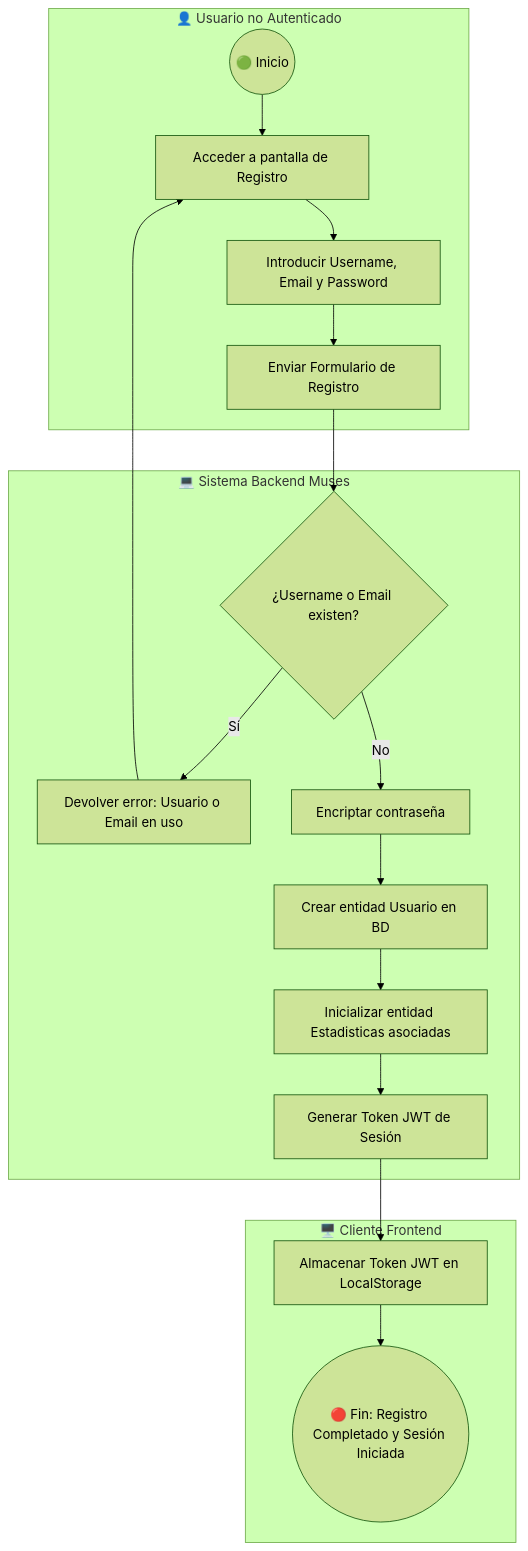
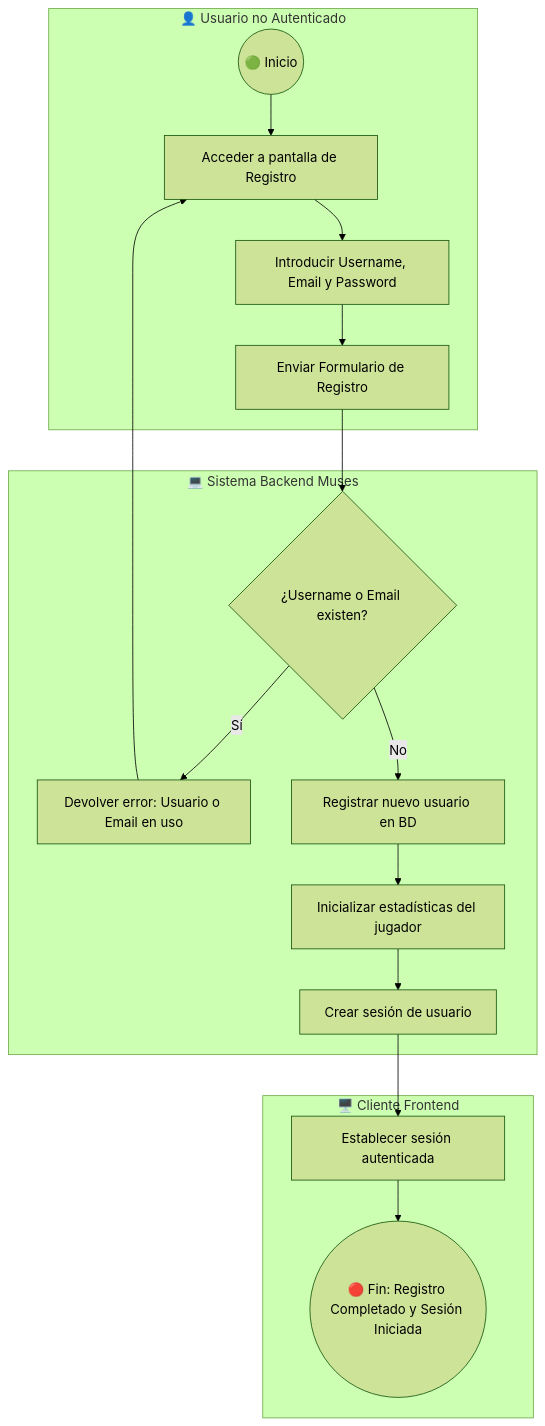
Before and after one commit to PedroJimenezGuerrero/Muses_TFG: the first of 10 diagrams in docs/Análisis/Procesos de negocio.md, drawn with Mermaid (forest theme). The commit also changed other lines of this file, not shown here.

````diff
--- a/docs/Análisis/Procesos de negocio.md
+++ b/docs/Análisis/Procesos de negocio.md
@@ -54,23 +57,22 @@
 ```mermaid
 flowchart TD
     subgraph Usuario ["👤 Usuario no Autenticado"]
         A(( 🟢 Inicio )) --> B[Acceder a pantalla de Registro]
         B --> C[Introducir Username, Email y Password]
         C --> D[Enviar Formulario de Registro]
     end
 
     subgraph Backend ["💻 Sistema Backend Muses"]
         D --> E{¿Username o Email existen?}
         E -- Sí --> F[Devolver error: Usuario o Email en uso]
-        E -- No --> G[Encriptar contraseña]
-        G --> H[Crear entidad Usuario en BD]
-        H --> I[Inicializar entidad Estadisticas asociadas]
-        I --> J[Generar Token JWT de Sesión]
+        E -- No --> G[Registrar nuevo usuario en BD]
+        G --> H[Inicializar estadísticas del jugador]
+        H --> I[Crear sesión de usuario]
     end
 
     subgraph Cliente ["🖥️ Cliente Frontend"]
         F --> B
-        J --> K[Almacenar Token JWT en LocalStorage]
-        K --> L(( 🔴 Fin: Registro Completado y Sesión Iniciada ))
+        I --> J[Establecer sesión autenticada]
+        J --> K(( 🔴 Fin: Registro Completado y Sesión Iniciada ))
     end
 ```
````
